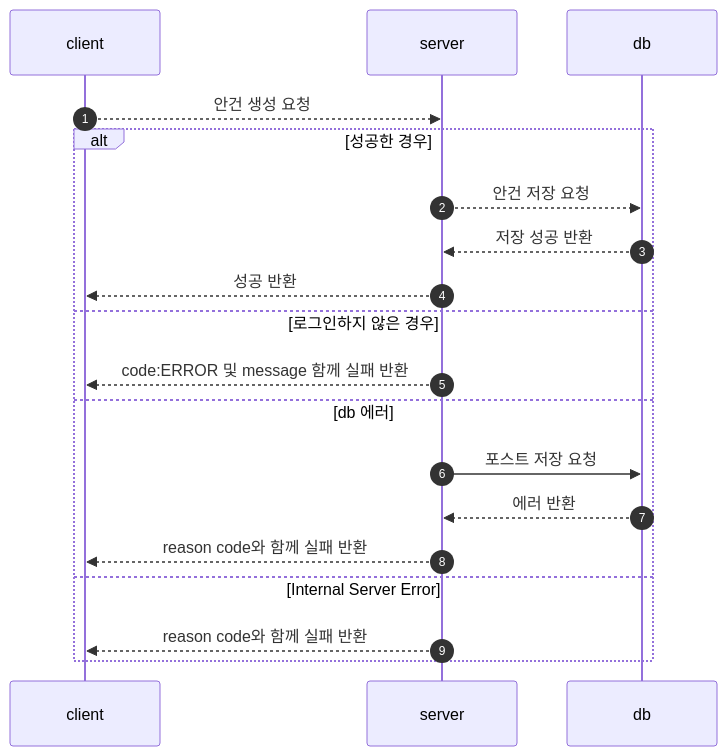
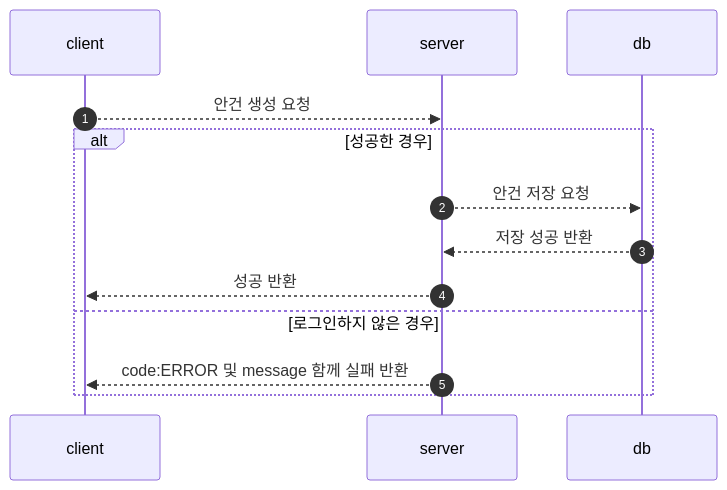
Before and after one commit to haaeee/e-voting: the third of 9 diagrams in README.md, drawn with Mermaid. The commit also changed other lines of this file, not shown here.

````diff
--- a/README.md
+++ b/README.md
@@ -163,18 +182,12 @@
 ```mermaid
   sequenceDiagram
     autonumber
     client -->> server: 안건 생성 요청
     alt 성공한 경우 
     server -->> db : 안건 저장 요청
     db -->> server : 저장 성공 반환
     server -->> client: 성공 반환
     else 로그인하지 않은 경우
     server -->> client: code:ERROR 및 message 함께 실패 반환
-    else db 에러
-    server ->> db : 포스트 저장 요청
-    db -->> server : 에러 반환
-    server -->> client: reason code와 함께 실패 반환
-    else Internal Server Error
-    server -->> client: reason code와 함께 실패 반환
     end
 ```
````
